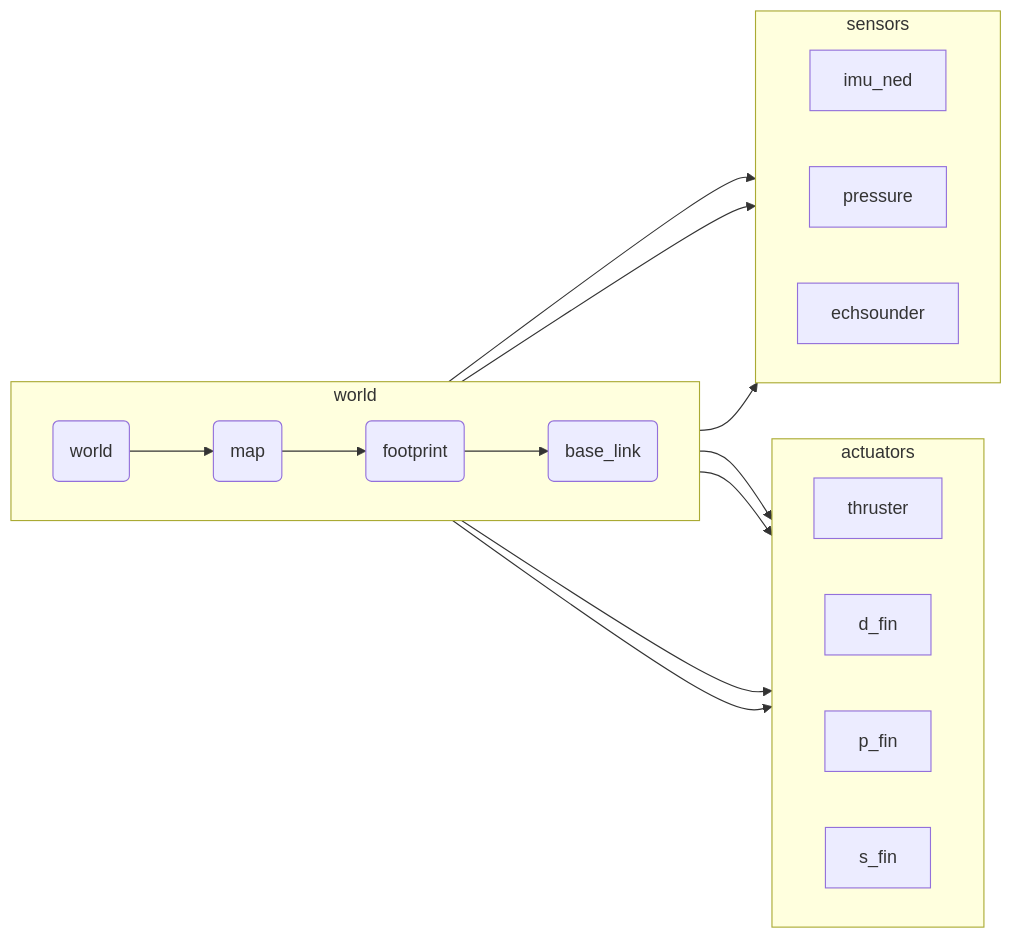
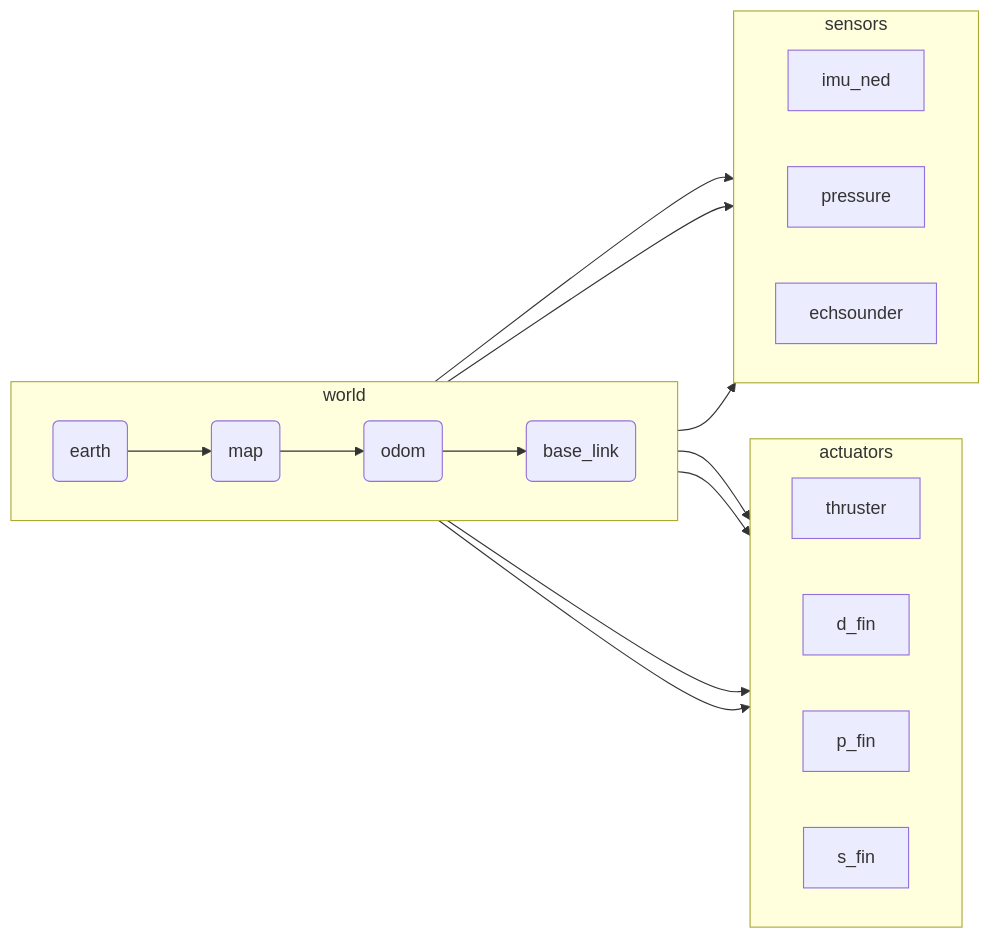
One commit to Riptide-team/riptide-team.github.io changed the diagram in docs/design/transforms.md. Above: the diagram before and after it, drawn with Mermaid. The commit also changed 1 other file, not shown here.

Commit message:
Updating TF and package list

````diff
--- a/docs/design/transforms.md
+++ b/docs/design/transforms.md
@@ -7,15 +7,15 @@
 ```mermaid
 flowchart LR
     subgraph world
     direction LR
-    w1(world)-->w2(map)-->w3(footprint)-->w4(base_link)
+    w1(earth)-->w2(map)-->w3(odom)-->w4(base_link)
     end
     subgraph actuators
     direction LR
     w4-->thruster & d_fin & p_fin & s_fin
     end
     subgraph sensors
     direction LR
     w4--> imu_ned & pressure & echsounder
     end
 ```
````
